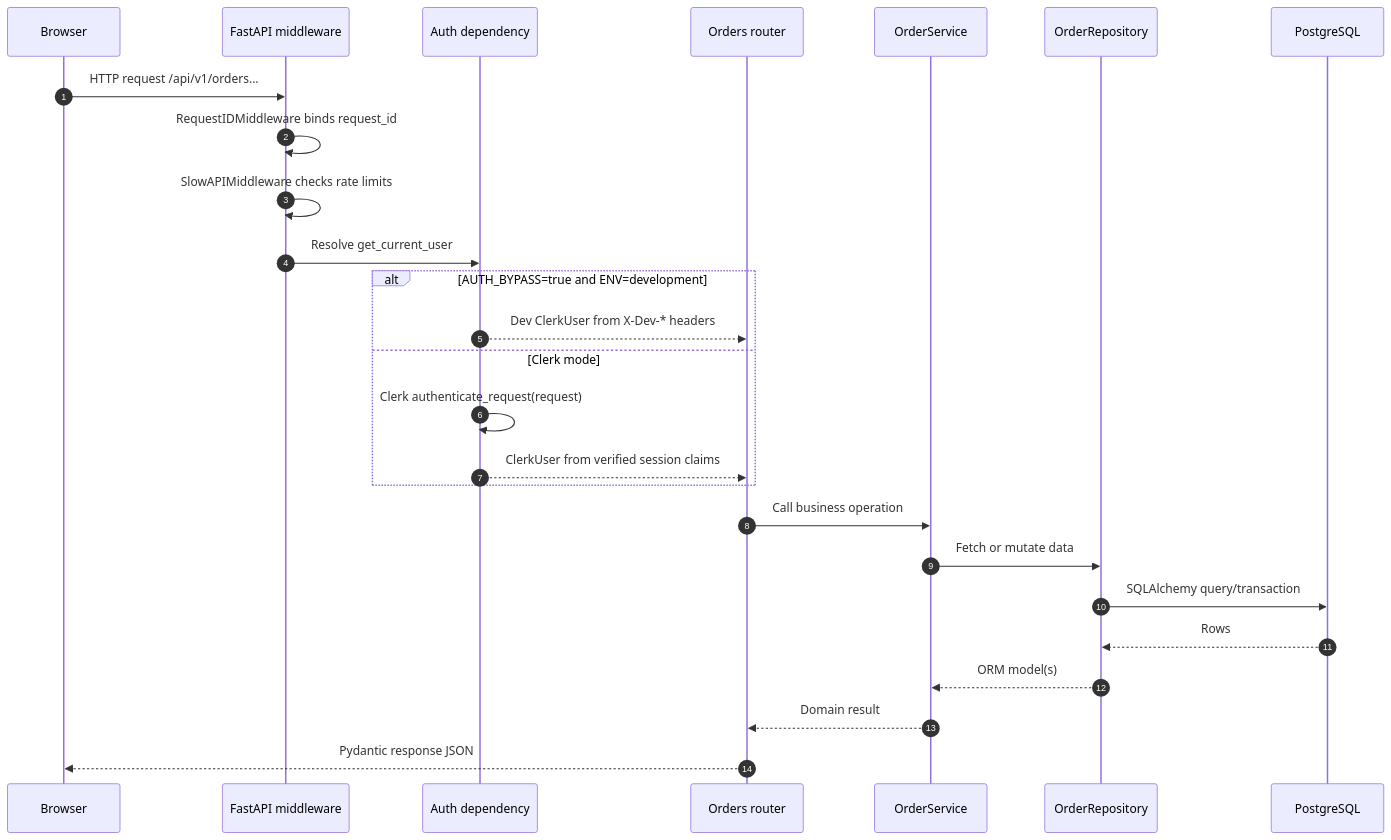
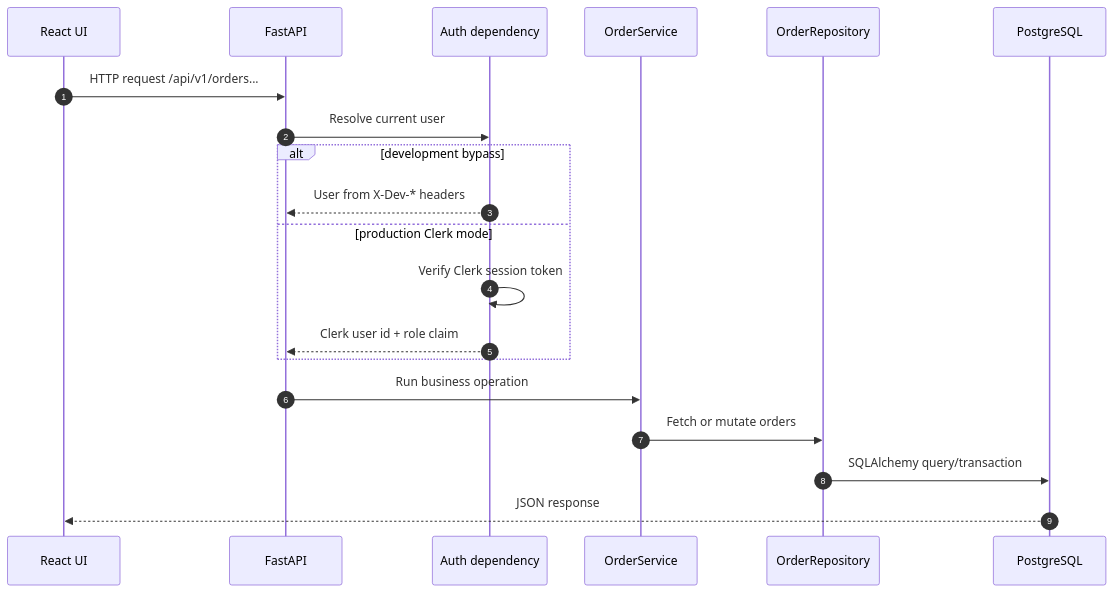
The second of 9 diagrams in architecture.md (renjiie/ecommerce-assignment), drawn with Mermaid before and after one commit. The commit also changed other lines of this file, not shown here.

Commit message:
docs: simplify architecture overview

````diff
--- a/architecture.md
+++ b/architecture.md
@@ -140,29 +38,23 @@
 ```mermaid
 sequenceDiagram
     autonumber
-    participant B as Browser
-    participant M as FastAPI middleware
-    participant A as Auth dependency
-    participant R as Orders router
-    participant S as OrderService
-    participant Q as OrderRepository
-    participant D as PostgreSQL
+    participant UI as React UI
+    participant API as FastAPI
+    participant Auth as Auth dependency
+    participant Service as OrderService
+    participant Repo as OrderRepository
+    participant DB as PostgreSQL
 
-    B->>M: HTTP request /api/v1/orders...
-    M->>M: RequestIDMiddleware binds request_id
-    M->>M: SlowAPIMiddleware checks rate limits
-    M->>A: Resolve get_current_user
-    alt AUTH_BYPASS=true and ENV=development
-        A-->>R: Dev ClerkUser from X-Dev-* headers
-    else Clerk mode
-        A->>A: Clerk authenticate_request(request)
-        A-->>R: ClerkUser from verified session claims
+    UI->>API: HTTP request /api/v1/orders...
+    API->>Auth: Resolve current user
+    alt development bypass
+        Auth-->>API: User from X-Dev-* headers
+    else production Clerk mode
+        Auth->>Auth: Verify Clerk session token
+        Auth-->>API: Clerk user id + role claim
     end
-    R->>S: Call business operation
-    S->>Q: Fetch or mutate data
-    Q->>D: SQLAlchemy query/transaction
-    D-->>Q: Rows
-    Q-->>S: ORM model(s)
-    S-->>R: Domain result
-    R-->>B: Pydantic response JSON
+    API->>Service: Run business operation
+    Service->>Repo: Fetch or mutate orders
+    Repo->>DB: SQLAlchemy query/transaction
+    DB-->>UI: JSON response
 ```
````
